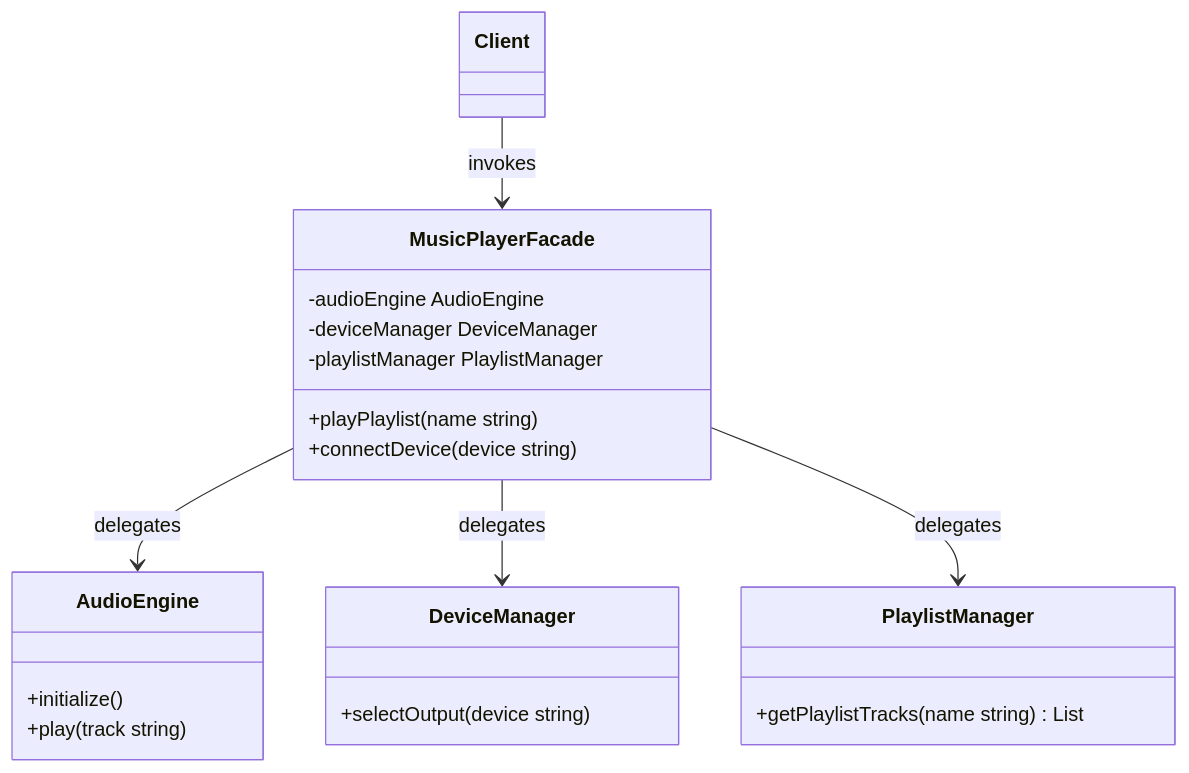
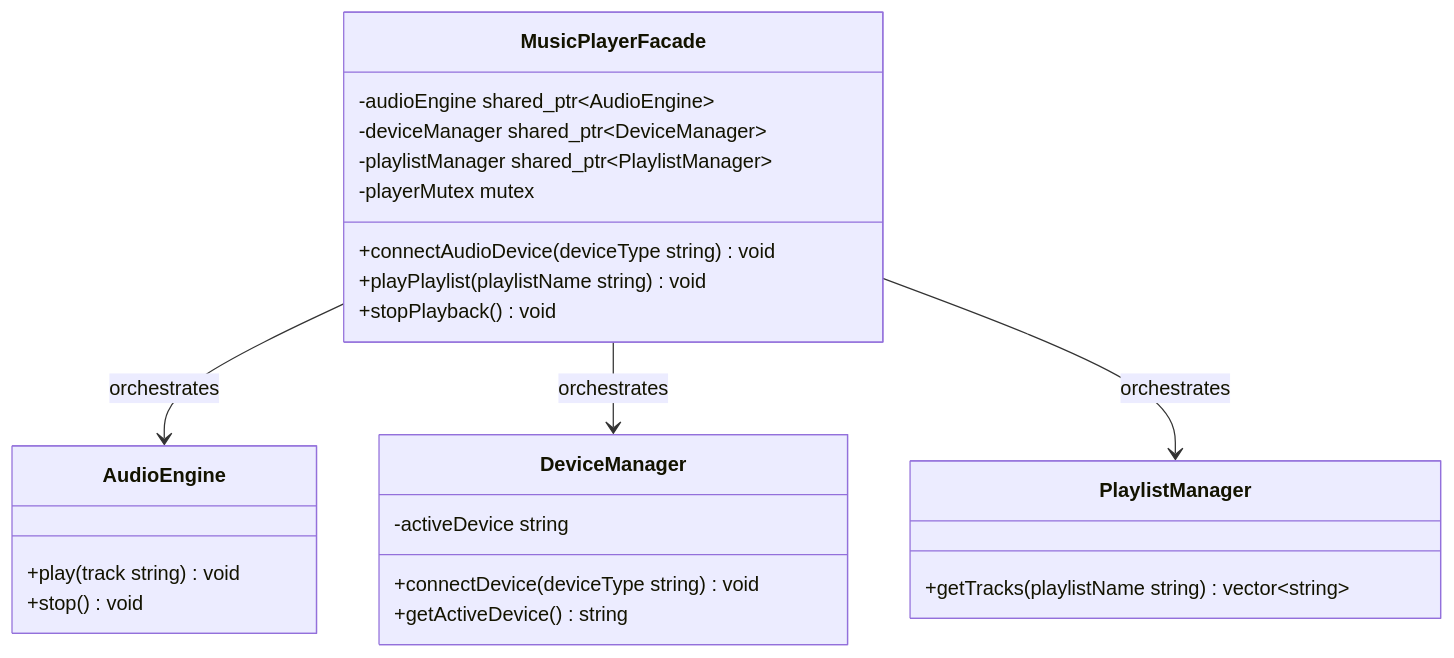
Before and after one commit to dasakash26/system-design: the second of 2 diagrams in notes/10_Facade Pattern/10_Facade Pattern.md, drawn with Mermaid. The commit also changed other lines of this file and 17 other files, not shown here.

````diff
--- a/notes/10_Facade Pattern/10_Facade Pattern.md
+++ b/notes/10_Facade Pattern/10_Facade Pattern.md
@@ -21,28 +66,29 @@
 ```mermaid
 classDiagram
     direction TB
-    class Client {
-    }
     class MusicPlayerFacade {
-        -audioEngine AudioEngine
-        -deviceManager DeviceManager
-        -playlistManager PlaylistManager
-        +playPlaylist(name string)
-        +connectDevice(device string)
+        -audioEngine shared_ptr~AudioEngine~
+        -deviceManager shared_ptr~DeviceManager~
+        -playlistManager shared_ptr~PlaylistManager~
+        -playerMutex mutex
+        +connectAudioDevice(deviceType string) void
+        +playPlaylist(playlistName string) void
+        +stopPlayback() void
     }
     class AudioEngine {
-        +initialize()
-        +play(track string)
+        +play(track string) void
+        +stop() void
     }
     class DeviceManager {
-        +selectOutput(device string)
+        -activeDevice string
+        +connectDevice(deviceType string) void
+        +getActiveDevice() string
     }
     class PlaylistManager {
-        +getPlaylistTracks(name string) List
+        +getTracks(playlistName string) vector~string~
     }
 
-    Client --> MusicPlayerFacade : invokes
-    MusicPlayerFacade --> AudioEngine : delegates
-    MusicPlayerFacade --> DeviceManager : delegates
-    MusicPlayerFacade --> PlaylistManager : delegates
+    MusicPlayerFacade --> AudioEngine : orchestrates
+    MusicPlayerFacade --> DeviceManager : orchestrates
+    MusicPlayerFacade --> PlaylistManager : orchestrates
 ```
````
